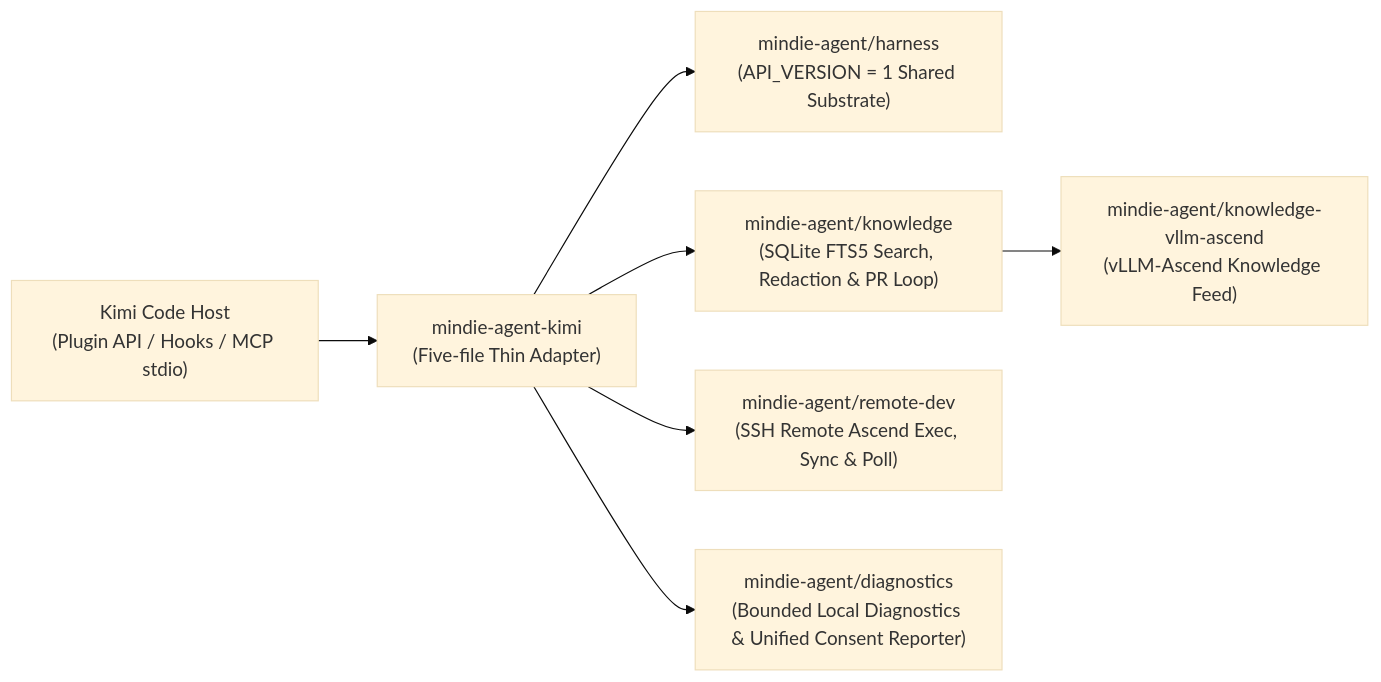
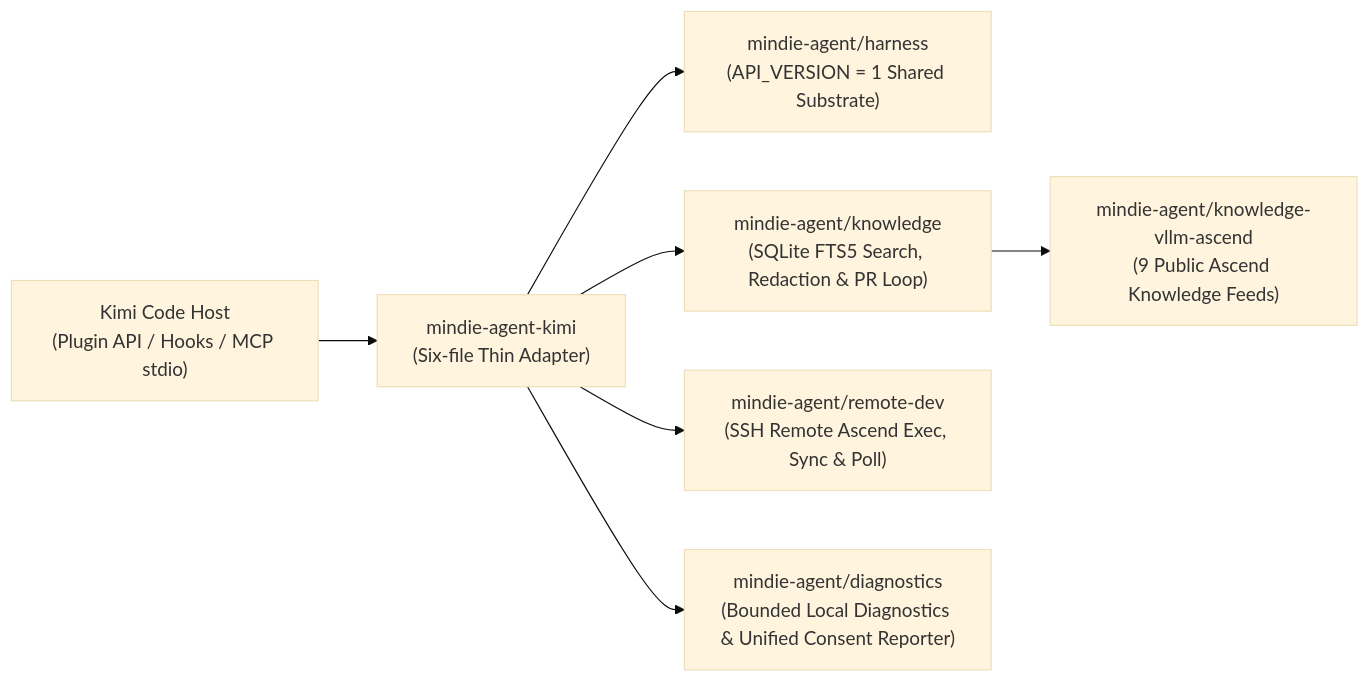
Before and after one commit to mindie-agent/mindie-agent-kimi: the diagram in README.en.md, drawn with Mermaid (base theme). The commit also changed other lines of this file and 32 other files, not shown here.

````diff
--- a/README.en.md
+++ b/README.en.md
@@ -193,9 +193,9 @@
 ```mermaid
 flowchart LR
-  Kimi["Kimi Code Host<br/>(Plugin API / Hooks / MCP stdio)"] --> Launcher["mindie-agent-kimi<br/>(Five-file Thin Adapter)"]
+  Kimi["Kimi Code Host<br/>(Plugin API / Hooks / MCP stdio)"] --> Launcher["mindie-agent-kimi<br/>(Six-file Thin Adapter)"]
   Launcher --> Harness["mindie-agent/harness<br/>(API_VERSION = 1 Shared Substrate)"]
   Launcher --> Knowledge["mindie-agent/knowledge<br/>(SQLite FTS5 Search, Redaction & PR Loop)"]
-  Knowledge --> Feed["mindie-agent/knowledge-vllm-ascend<br/>(vLLM-Ascend Knowledge Feed)"]
+  Knowledge --> Feed["mindie-agent/knowledge-vllm-ascend<br/>(9 Public Ascend Knowledge Feeds)"]
   Launcher --> RemoteDev["mindie-agent/remote-dev<br/>(SSH Remote Ascend Exec, Sync & Poll)"]
   Launcher --> Diagnostics["mindie-agent/diagnostics<br/>(Bounded Local Diagnostics & Unified Consent Reporter)"]
 ```
````
